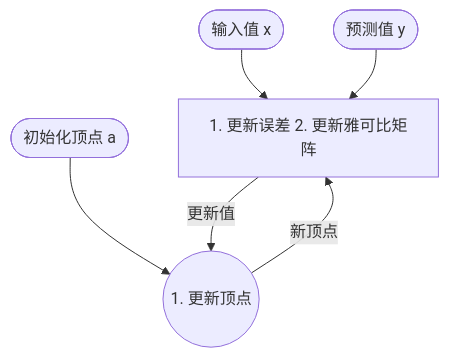
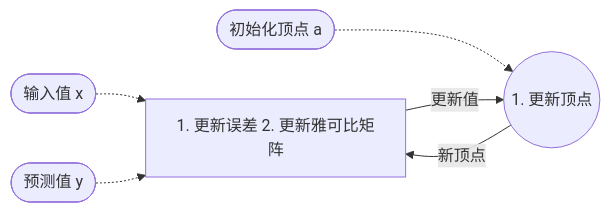
One commit to Rareay/tamray-blogs changed the diagram in docs/01.机器视觉/01.Slam/25.g2o模块.md. Above: the diagram before and after it, drawn with Mermaid. The commit also changed other lines of this file and 5 other files, not shown here.

````diff
--- a/docs/01.机器视觉/01.Slam/25.g2o模块.md
+++ b/docs/01.机器视觉/01.Slam/25.g2o模块.md
@@ -49,13 +49,13 @@
 ```mermaid
-graph TD
+graph LR
 x([输入值 x])
 y([预测值 y])
 a([初始化顶点 a])
 f1[1. 更新误差 2. 更新雅可比矩阵]
 f2((1. 更新顶点))
-x --> f1
-y --> f1
-a --> f2
+x -.-> f1
+y -.-> f1
+a -.-> f2
 f1 -- 更新值 --> f2
 f2 -- 新顶点 --> f1
 ```
````
